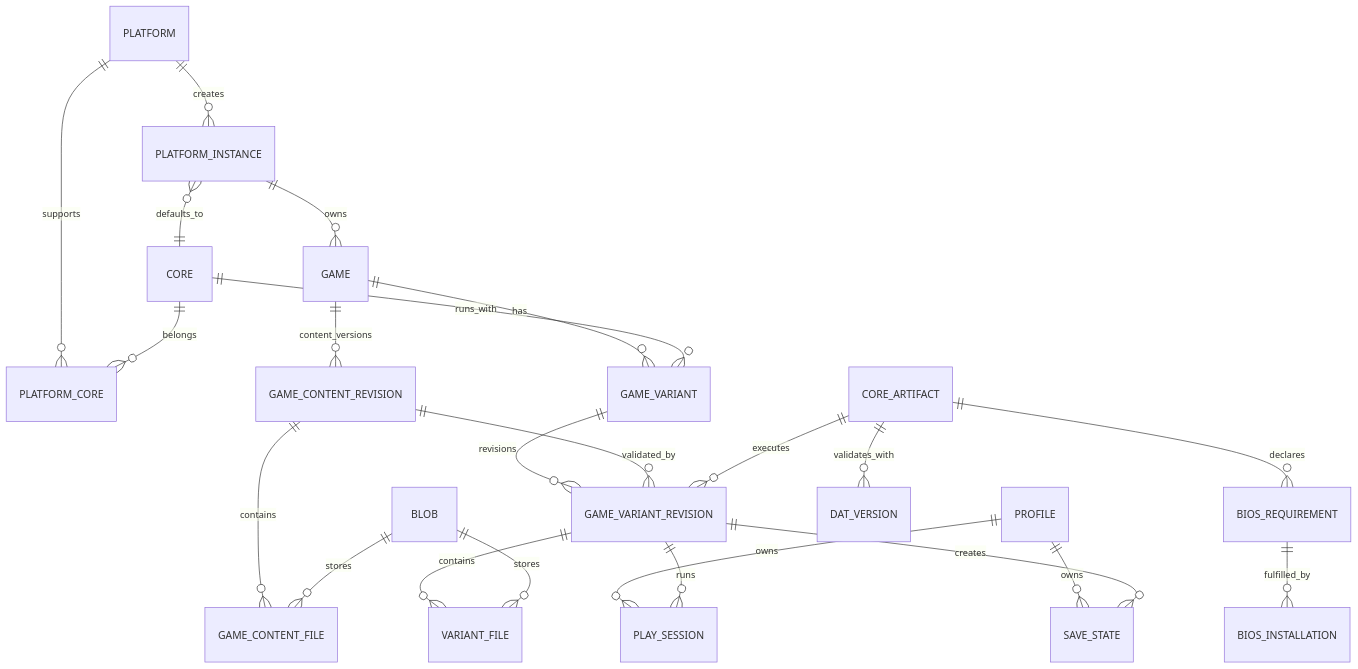
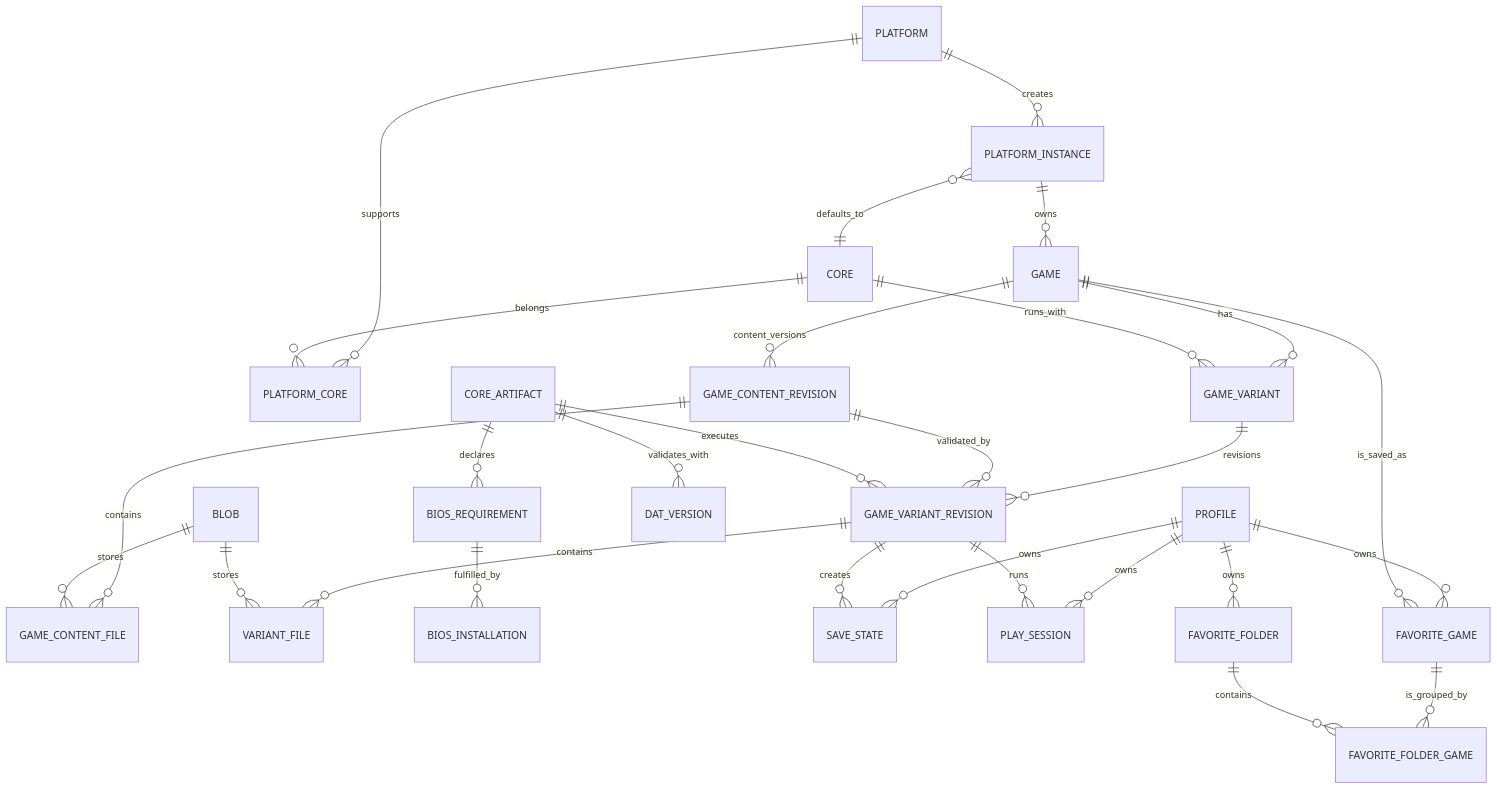
The third of 4 diagrams in docs/retrom-product-architecture.md (retrom-project/retrom), drawn with Mermaid before and after one commit. The commit also changed other lines of this file and 18 other files, not shown here.

```diff
--- a/docs/retrom-product-architecture.md
+++ b/docs/retrom-product-architecture.md
@@ -177,25 +177,30 @@
 ~~~mermaid
 erDiagram
     PLATFORM ||--o{ PLATFORM_INSTANCE : creates
     PLATFORM ||--o{ PLATFORM_CORE : supports
     CORE ||--o{ PLATFORM_CORE : belongs
     PLATFORM_INSTANCE }o--|| CORE : defaults_to
     PLATFORM_INSTANCE ||--o{ GAME : owns
     GAME ||--o{ GAME_CONTENT_REVISION : content_versions
     GAME ||--o{ GAME_VARIANT : has
     CORE ||--o{ GAME_VARIANT : runs_with
     GAME_VARIANT ||--o{ GAME_VARIANT_REVISION : revisions
     GAME_CONTENT_REVISION ||--o{ GAME_VARIANT_REVISION : validated_by
     GAME_CONTENT_REVISION ||--o{ GAME_CONTENT_FILE : contains
     CORE_ARTIFACT ||--o{ GAME_VARIANT_REVISION : executes
     GAME_VARIANT_REVISION ||--o{ VARIANT_FILE : contains
     BLOB ||--o{ GAME_CONTENT_FILE : stores
     BLOB ||--o{ VARIANT_FILE : stores
     CORE_ARTIFACT ||--o{ BIOS_REQUIREMENT : declares
     BIOS_REQUIREMENT ||--o{ BIOS_INSTALLATION : fulfilled_by
     CORE_ARTIFACT ||--o{ DAT_VERSION : validates_with
     PROFILE ||--o{ SAVE_STATE : owns
     GAME_VARIANT_REVISION ||--o{ SAVE_STATE : creates
     PROFILE ||--o{ PLAY_SESSION : owns
     GAME_VARIANT_REVISION ||--o{ PLAY_SESSION : runs
+    PROFILE ||--o{ FAVORITE_GAME : owns
+    GAME ||--o{ FAVORITE_GAME : is_saved_as
+    PROFILE ||--o{ FAVORITE_FOLDER : owns
+    FAVORITE_GAME ||--o{ FAVORITE_FOLDER_GAME : is_grouped_by
+    FAVORITE_FOLDER ||--o{ FAVORITE_FOLDER_GAME : contains
 ~~~
```
